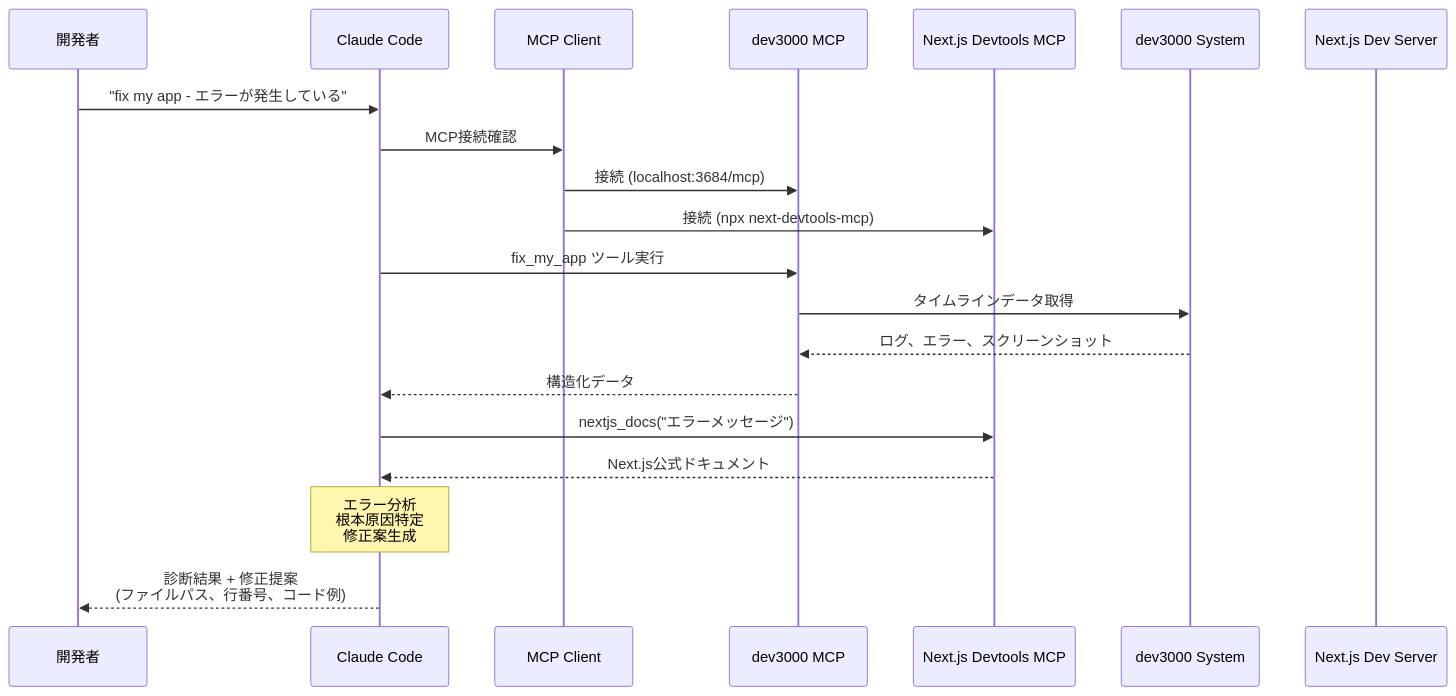
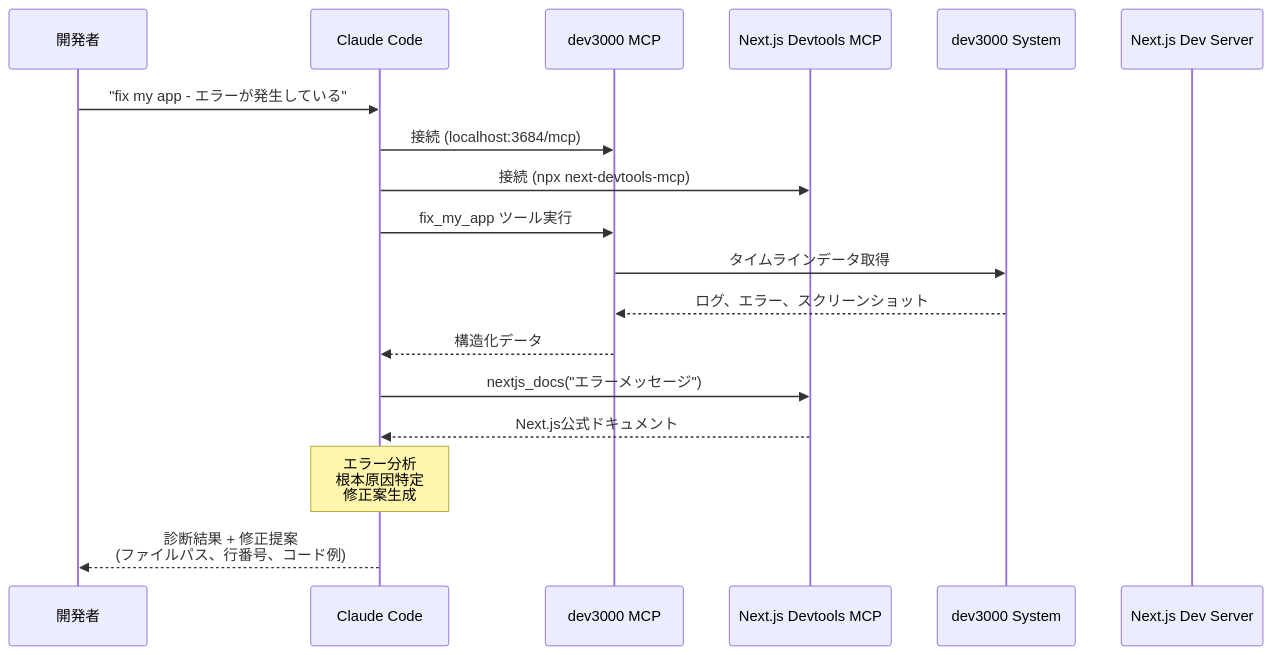
One commit to noriaki/line-miniapp-othello changed the third of 5 diagrams in .kiro/specs/debug-environment/design.md. Above: the diagram before and after it, drawn with Mermaid. The commit also changed other lines of this file and 2 other files, not shown here.

First line of the commit message:
docs(spec): remove Claude Desktop references from debug-environment spec

````diff
--- a/.kiro/specs/debug-environment/design.md
+++ b/.kiro/specs/debug-environment/design.md
@@ -308,27 +308,25 @@
 ```mermaid
 sequenceDiagram
     participant Dev as 開発者
     participant Claude as Claude Code
-    participant MCPClient as MCP Client
     participant Dev3000MCP as dev3000 MCP
     participant NextMCP as Next.js Devtools MCP
     participant Dev3000Sys as dev3000 System
     participant NextServer as Next.js Dev Server
 
     Dev->>Claude: "fix my app - エラーが発生している"
-    Claude->>MCPClient: MCP接続確認
-    MCPClient->>Dev3000MCP: 接続 (localhost:3684/mcp)
-    MCPClient->>NextMCP: 接続 (npx next-devtools-mcp)
+    Claude->>Dev3000MCP: 接続 (localhost:3684/mcp)
+    Claude->>NextMCP: 接続 (npx next-devtools-mcp)
 
     Claude->>Dev3000MCP: fix_my_app ツール実行
     Dev3000MCP->>Dev3000Sys: タイムラインデータ取得
     Dev3000Sys-->>Dev3000MCP: ログ、エラー、スクリーンショット
     Dev3000MCP-->>Claude: 構造化データ
 
     Claude->>NextMCP: nextjs_docs("エラーメッセージ")
     NextMCP-->>Claude: Next.js公式ドキュメント
 
     Note over Claude: エラー分析<br/>根本原因特定<br/>修正案生成
 
     Claude-->>Dev: 診断結果 + 修正提案<br/>(ファイルパス、行番号、コード例)
 ```
````
